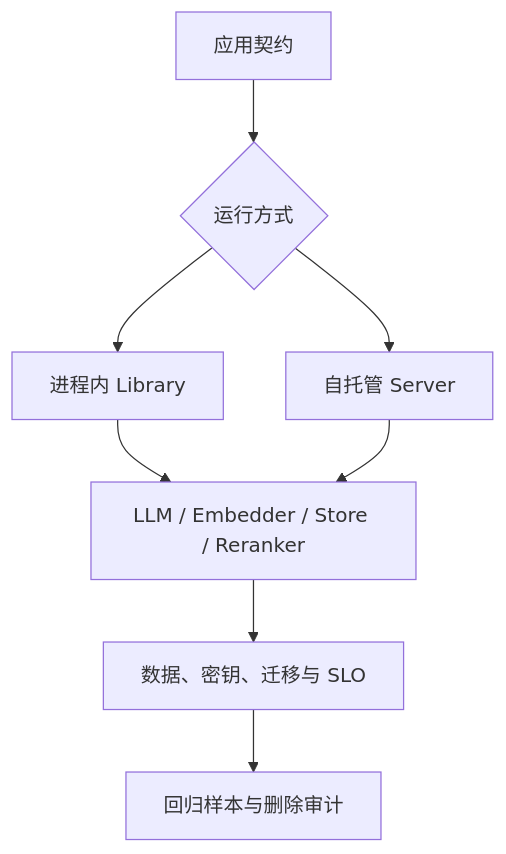
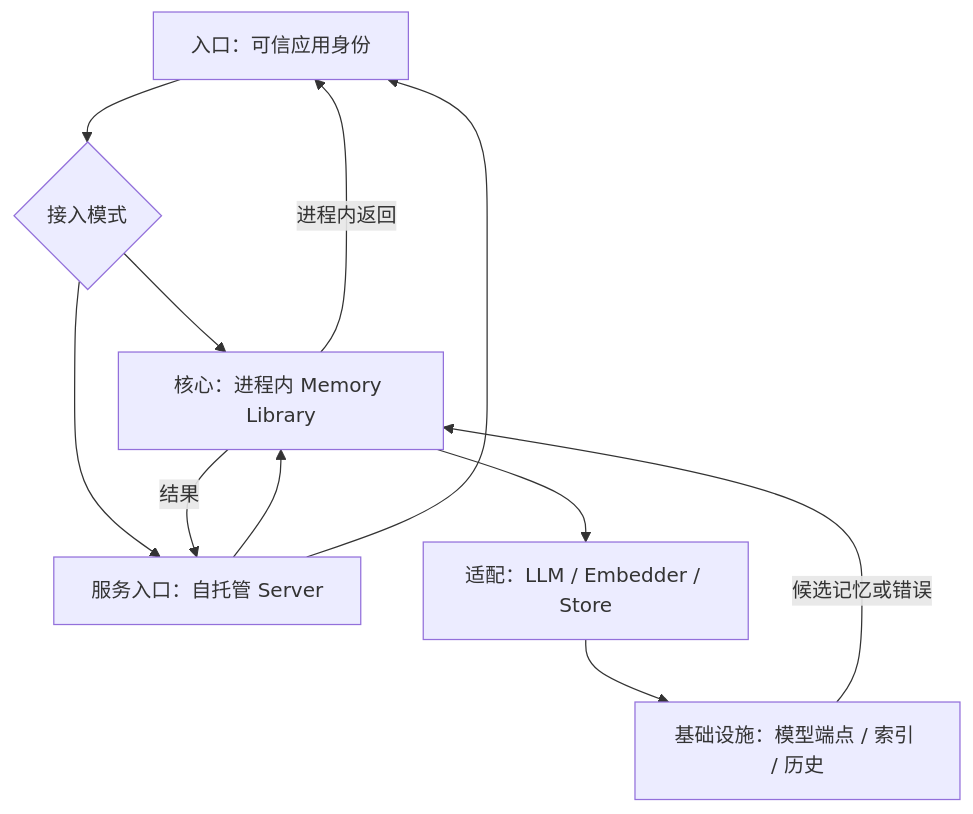
Before and after one commit to MarkingYang/aidea-lab: the first of 2 diagrams in src/content/writing/mem0-production-boundaries.md, drawn with Mermaid. The commit also changed other lines of this file and 37 other files, not shown here.

````diff
--- a/src/content/writing/mem0-production-boundaries.md
+++ b/src/content/writing/mem0-production-boundaries.md
@@ -20,10 +26,13 @@
 ```mermaid
 flowchart TB
-  A[应用契约] --> B{运行方式}
-  B --> C[进程内 Library]
-  B --> D[自托管 Server]
-  C --> E[LLM / Embedder / Store / Reranker]
-  D --> E
-  E --> F[数据、密钥、迁移与 SLO]
-  F --> G[回归样本与删除审计]
+ U[入口：可信应用身份] --> B{接入模式}
+ B --> L[核心：进程内 Memory Library]
+ B --> S[服务入口：自托管 Server]
+ S --> L
+ L --> A[适配：LLM / Embedder / Store]
+ A --> I[基础设施：模型端点 / 索引 / 历史]
+ I -->|候选记忆或错误| L
+ L -->|结果| S
+ S --> U
+ L -->|进程内返回| U
 ```
````
